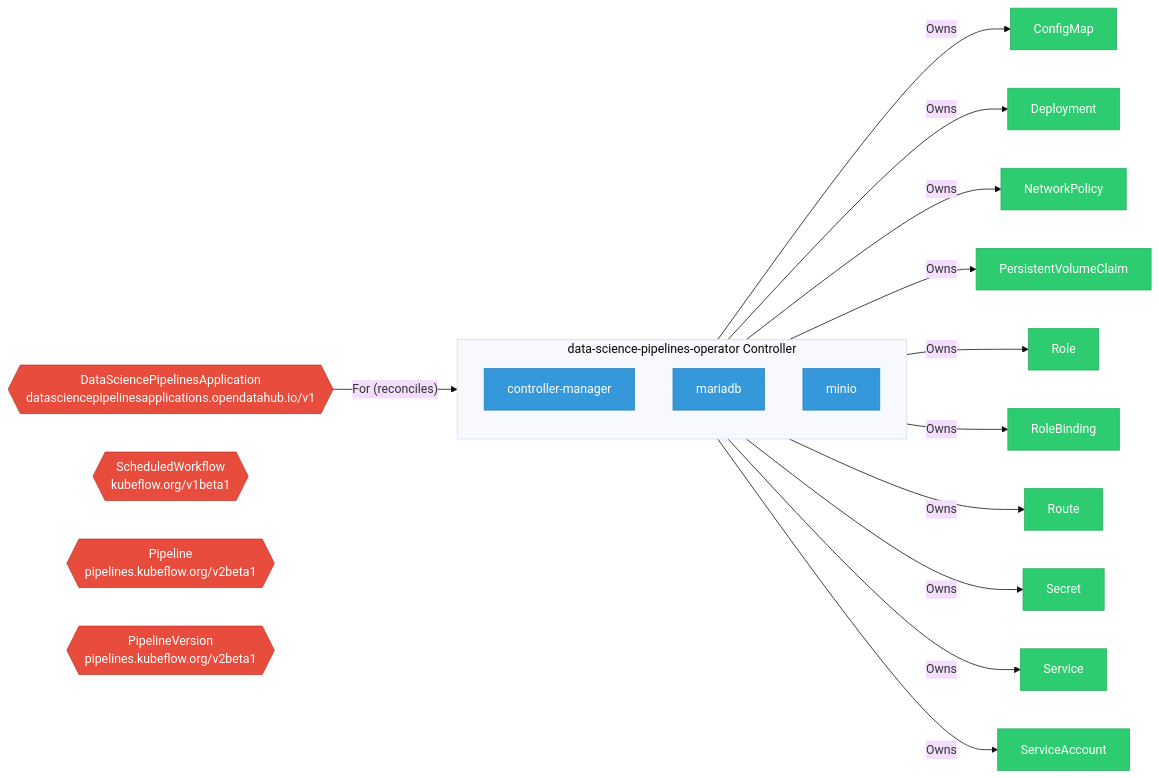
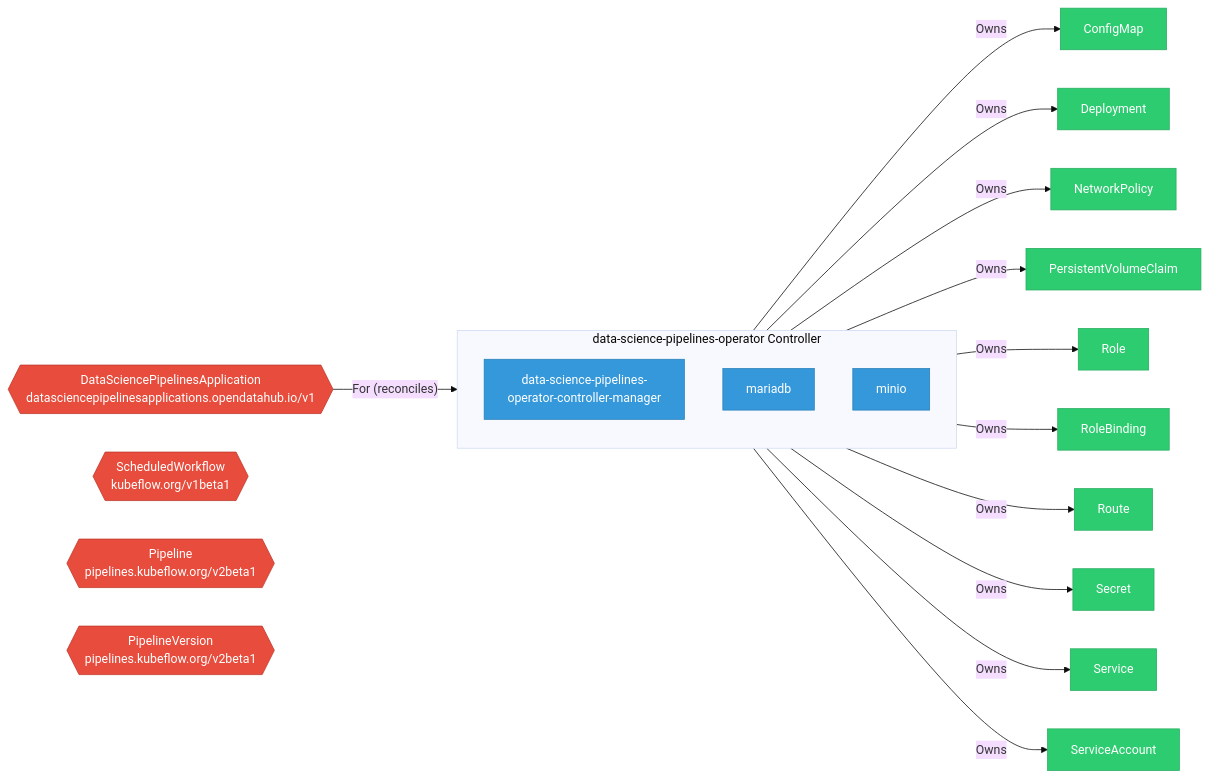
The diagram in site/docs/odh-platform/components/data_science_pipelines_operator/index.md (ugiordan/architecture-analyzer), drawn with Mermaid (base theme) before and after one commit. The commit also changed other lines of this file and 299 other files, not shown here.

````diff
--- a/site/docs/odh-platform/components/data_science_pipelines_operator/index.md
+++ b/site/docs/odh-platform/components/data_science_pipelines_operator/index.md
@@ -25,49 +25,49 @@
 ```mermaid
 graph LR
     %% Component architecture for data-science-pipelines-operator
 
     classDef crd fill:#e74c3c,stroke:#c0392b,color:#fff
     classDef controller fill:#3498db,stroke:#2980b9,color:#fff
     classDef owned fill:#2ecc71,stroke:#27ae60,color:#fff
     classDef external fill:#95a5a6,stroke:#7f8c8d,color:#fff
     classDef dep fill:#f39c12,stroke:#e67e22,color:#fff
 
     subgraph controller["data-science-pipelines-operator Controller"]
-        dep_1["controller-manager"]
+        dep_1["data-science-pipelines-operator-controller-manager"]
         class dep_1 controller
         dep_2["mariadb"]
         class dep_2 controller
         dep_3["minio"]
         class dep_3 controller
     end
 
     crd_DataSciencePipelinesApplication{{"DataSciencePipelinesApplication\ndatasciencepipelinesapplications.opendatahub.io/v1"}}
     class crd_DataSciencePipelinesApplication crd
     crd_DataSciencePipelinesApplication -->|"For (reconciles)"| controller
     crd_ScheduledWorkflow{{"ScheduledWorkflow\nkubeflow.org/v1beta1"}}
     class crd_ScheduledWorkflow crd
     crd_Pipeline{{"Pipeline\npipelines.kubeflow.org/v2beta1"}}
     class crd_Pipeline crd
     crd_PipelineVersion{{"PipelineVersion\npipelines.kubeflow.org/v2beta1"}}
     class crd_PipelineVersion crd
     controller -->|"Owns"| owned_4["ConfigMap"]
     class owned_4 owned
     controller -->|"Owns"| owned_5["Deployment"]
     class owned_5 owned
     controller -->|"Owns"| owned_6["NetworkPolicy"]
     class owned_6 owned
     controller -->|"Owns"| owned_7["PersistentVolumeClaim"]
     class owned_7 owned
     controller -->|"Owns"| owned_8["Role"]
     class owned_8 owned
     controller -->|"Owns"| owned_9["RoleBinding"]
     class owned_9 owned
     controller -->|"Owns"| owned_10["Route"]
     class owned_10 owned
     controller -->|"Owns"| owned_11["Secret"]
     class owned_11 owned
     controller -->|"Owns"| owned_12["Service"]
     class owned_12 owned
     controller -->|"Owns"| owned_13["ServiceAccount"]
     class owned_13 owned
 ```
````
